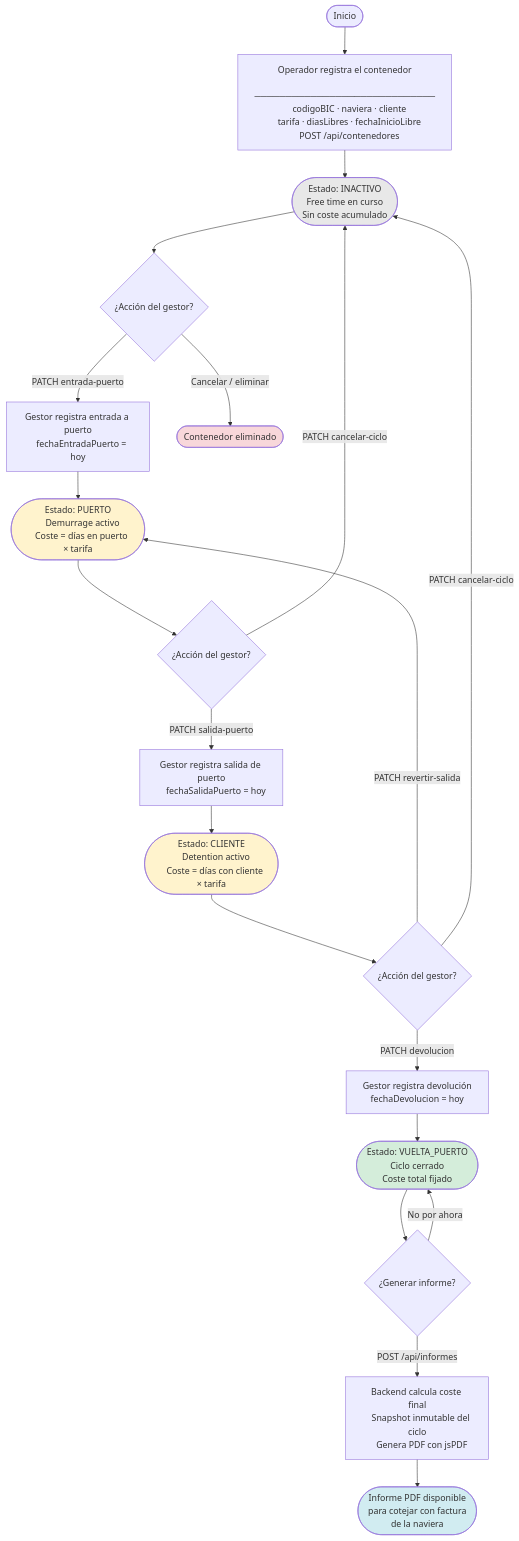
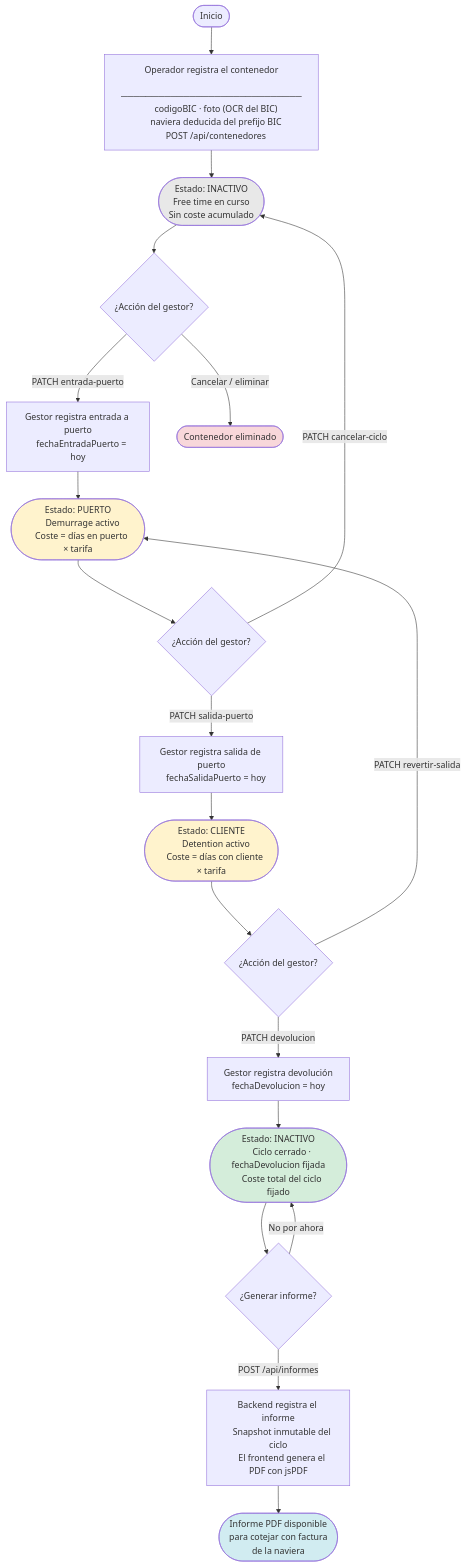
One commit to Agsergio04/Fluster changed the third of 6 diagrams in docs/05-diseno.md. Above: the diagram before and after it, drawn with Mermaid. The commit also changed other lines of this file and 12 other files, not shown here.

First line of the commit message:
fix: sincroniza la documentación con el código y corrige el logo del header/footer

````diff
--- a/docs/05-diseno.md
+++ b/docs/05-diseno.md
@@ -341,61 +344,60 @@
 ```mermaid
 flowchart TD
     START([Inicio]) --> A
 
     A["Operador registra el contenedor
     ─────────────────────────────
-    codigoBIC · naviera · cliente
-    tarifa · diasLibres · fechaInicioLibre
+    codigoBIC · foto (OCR del BIC)
+    naviera deducida del prefijo BIC
     POST /api/contenedores"]
 
     A --> B(["Estado: INACTIVO
     Free time en curso
     Sin coste acumulado"])
 
     B --> C{"¿Acción del gestor?"}
 
     C -->|"PATCH entrada-puerto"| D["Gestor registra entrada a puerto
     fechaEntradaPuerto = hoy"]
     C -->|"Cancelar / eliminar"| Z(["Contenedor eliminado"])
 
     D --> E(["Estado: PUERTO
     Demurrage activo
     Coste = días en puerto × tarifa"])
 
     E --> F{"¿Acción del gestor?"}
 
     F -->|"PATCH salida-puerto"| G["Gestor registra salida de puerto
     fechaSalidaPuerto = hoy"]
     F -->|"PATCH cancelar-ciclo"| B
 
     G --> H(["Estado: CLIENTE
     Detention activo
     Coste = días con cliente × tarifa"])
 
     H --> I{"¿Acción del gestor?"}
 
     I -->|"PATCH revertir-salida"| E
     I -->|"PATCH devolucion"| J["Gestor registra devolución
     fechaDevolucion = hoy"]
-    I -->|"PATCH cancelar-ciclo"| B
 
-    J --> K(["Estado: VUELTA_PUERTO
-    Ciclo cerrado
-    Coste total fijado"])
+    J --> K(["Estado: INACTIVO
+    Ciclo cerrado · fechaDevolucion fijada
+    Coste total del ciclo fijado"])
 
     K --> L{"¿Generar informe?"}
-    L -->|"POST /api/informes"| M["Backend calcula coste final
+    L -->|"POST /api/informes"| M["Backend registra el informe
     Snapshot inmutable del ciclo
-    Genera PDF con jsPDF"]
+    El frontend genera el PDF con jsPDF"]
     M --> N(["Informe PDF disponible
     para cotejar con factura
     de la naviera"])
     L -->|No por ahora| K
 
     style B   fill:#e8e8e8,color:#333
     style E   fill:#fff3cd,color:#333
     style H   fill:#fff3cd,color:#333
     style K   fill:#d4edda,color:#333
     style Z   fill:#f8d7da,color:#333
     style N   fill:#d1ecf1,color:#333
 ```
````
